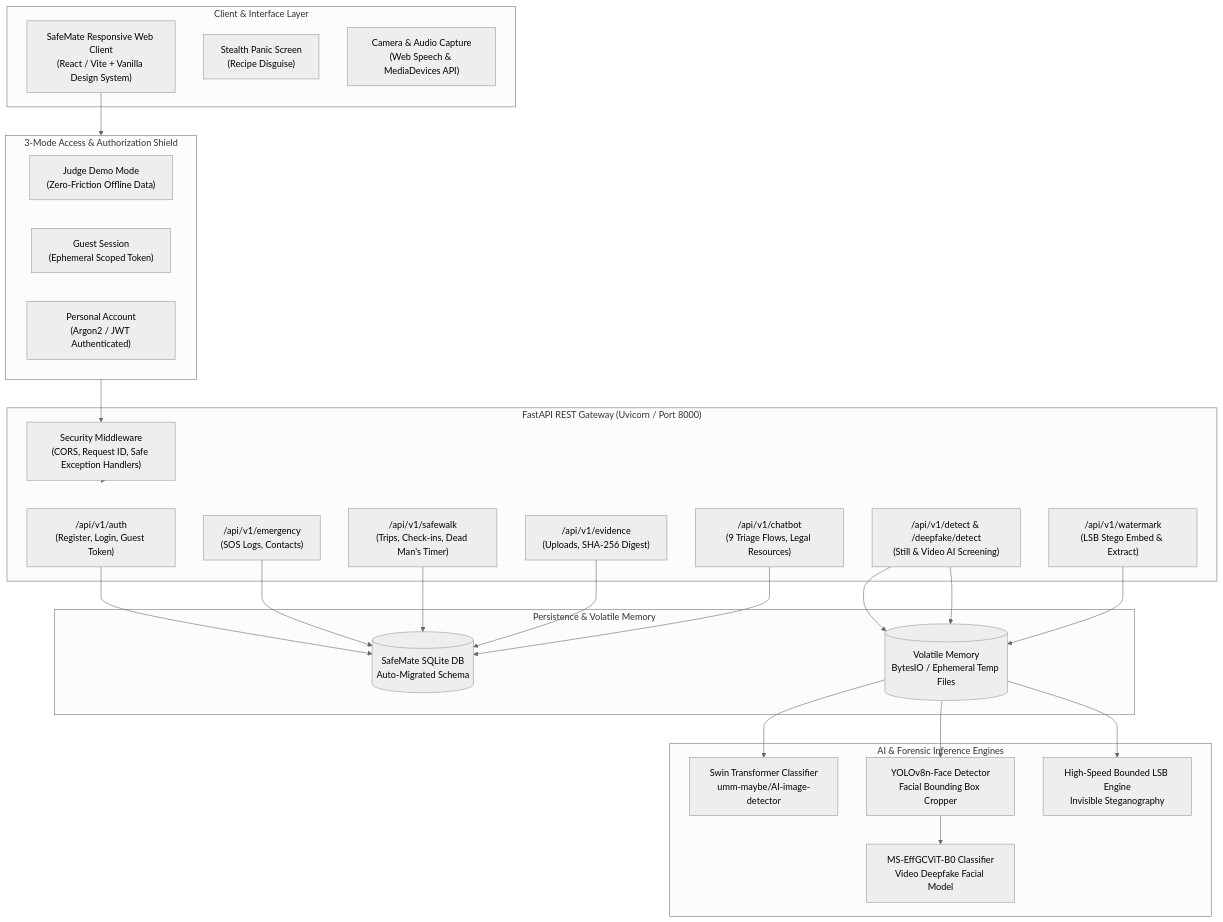
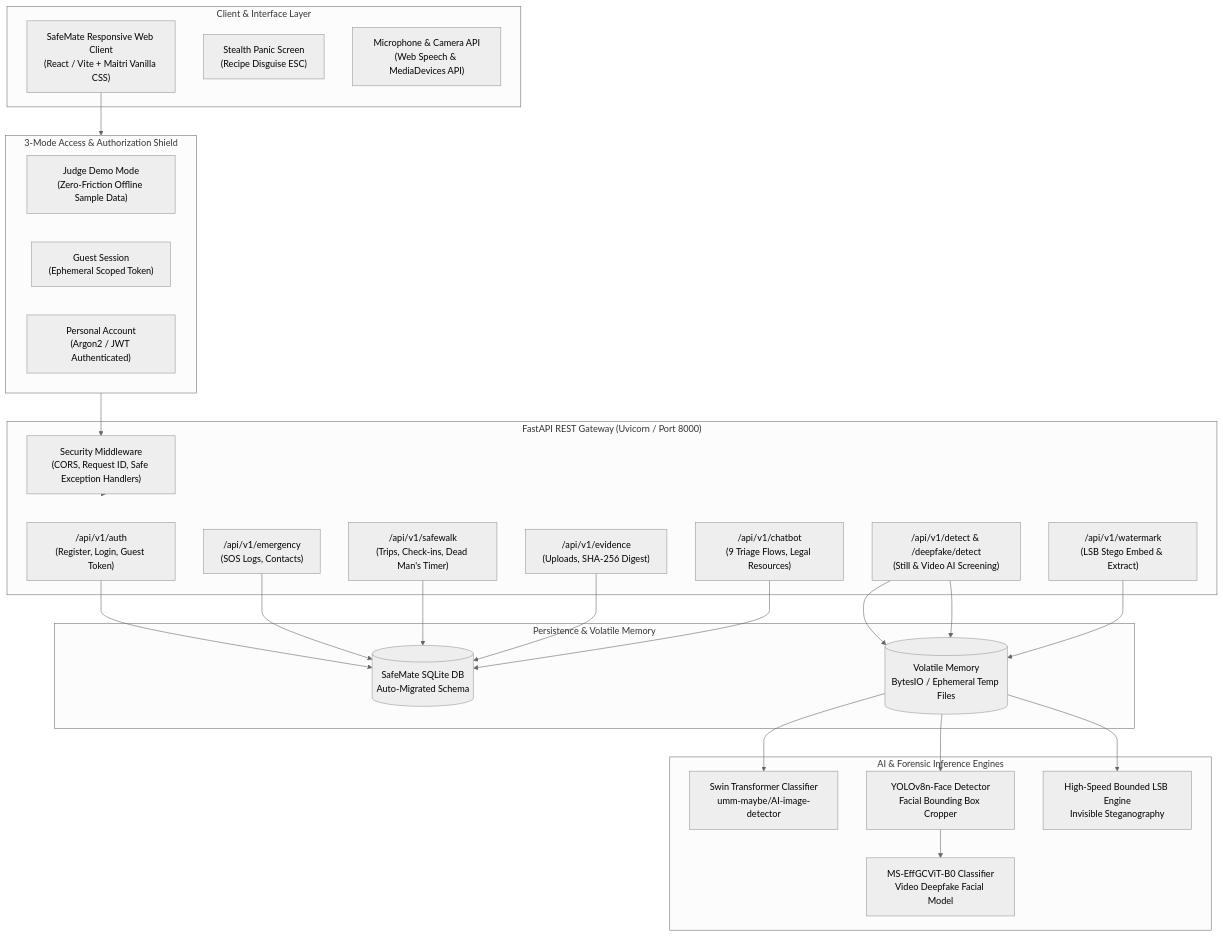
Before and after one commit to sam9334545/Safemate: the diagram in README.md, drawn with Mermaid (neutral theme). The commit also changed other lines of this file and 29 other files, not shown here.

````diff
--- a/README.md
+++ b/README.md
@@ -153,51 +193,51 @@
 ```mermaid
 flowchart TB
     subgraph ClientLayer ["Client & Interface Layer"]
-        UI["SafeMate Responsive Web Client<br/>(React / Vite + Vanilla Design System)"]
-        Stealth["Stealth Panic Screen<br/>(Recipe Disguise)"]
-        Cam["Camera & Audio Capture<br/>(Web Speech & MediaDevices API)"]
+        UI["SafeMate Responsive Web Client<br/>(React / Vite + Maitri Vanilla CSS)"]
+        Stealth["Stealth Panic Screen<br/>(Recipe Disguise ESC)"]
+        Cam["Microphone & Camera API<br/>(Web Speech & MediaDevices API)"]
     end
 
     subgraph AccessShield ["3-Mode Access & Authorization Shield"]
-        JudgeMode["Judge Demo Mode<br/>(Zero-Friction Offline Data)"]
+        JudgeMode["Judge Demo Mode<br/>(Zero-Friction Offline Sample Data)"]
         GuestMode["Guest Session<br/>(Ephemeral Scoped Token)"]
         AuthMode["Personal Account<br/>(Argon2 / JWT Authenticated)"]
     end
 
     subgraph APIGateway ["FastAPI REST Gateway (Uvicorn / Port 8000)"]
         Middleware["Security Middleware<br/>(CORS, Request ID, Safe Exception Handlers)"]
         AuthRoute["/api/v1/auth<br/>(Register, Login, Guest Token)"]
         SosRoute["/api/v1/emergency<br/>(SOS Logs, Contacts)"]
         WalkRoute["/api/v1/safewalk<br/>(Trips, Check-ins, Dead Man's Timer)"]
         VaultRoute["/api/v1/evidence<br/>(Uploads, SHA-256 Digest)"]
         WatermarkRoute["/api/v1/watermark<br/>(LSB Stego Embed & Extract)"]
         ChatRoute["/api/v1/chatbot<br/>(9 Triage Flows, Legal Resources)"]
         DetectRoute["/api/v1/detect & /deepfake/detect<br/>(Still & Video AI Screening)"]
     end
 
     subgraph MLEngines ["AI & Forensic Inference Engines"]
         Swin["Swin Transformer Classifier<br/>umm-maybe/AI-image-detector"]
         EffGCViT["MS-EffGCViT-B0 Classifier<br/>Video Deepfake Facial Model"]
         YOLO["YOLOv8n-Face Detector<br/>Facial Bounding Box Cropper"]
         StegoCore["High-Speed Bounded LSB Engine<br/>Invisible Steganography"]
     end
 
     subgraph StorageLayer ["Persistence & Volatile Memory"]
         SQLite[("SafeMate SQLite DB<br/>Auto-Migrated Schema")]
         RAM[("Volatile Memory<br/>BytesIO / Ephemeral Temp Files")]
     end
 
     UI --> AccessShield
     AccessShield --> Middleware
     Middleware --> APIGateway
 
     DetectRoute --> RAM --> Swin
     DetectRoute --> RAM --> YOLO --> EffGCViT
     WatermarkRoute --> RAM --> StegoCore
 
     AuthRoute --> SQLite
     SosRoute --> SQLite
     WalkRoute --> SQLite
     VaultRoute --> SQLite
     ChatRoute --> SQLite
 ```
````
